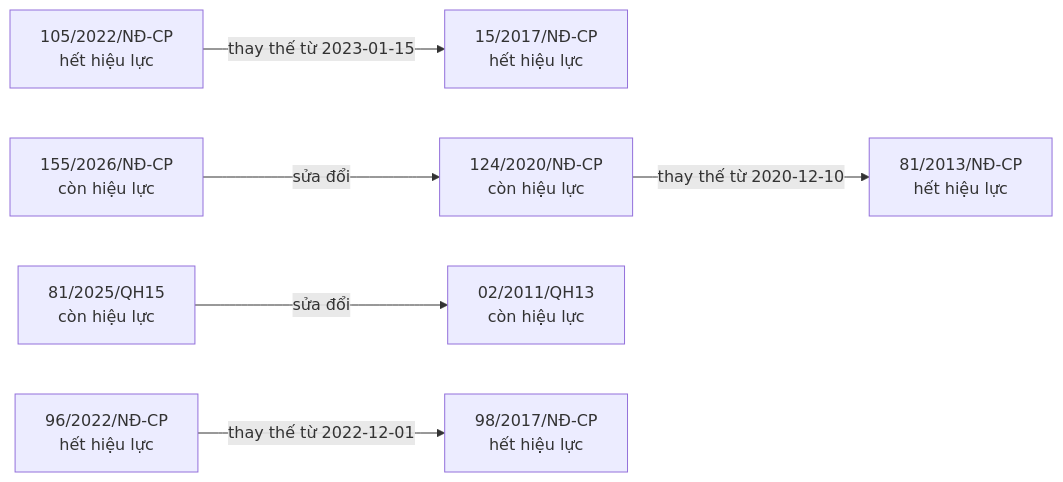
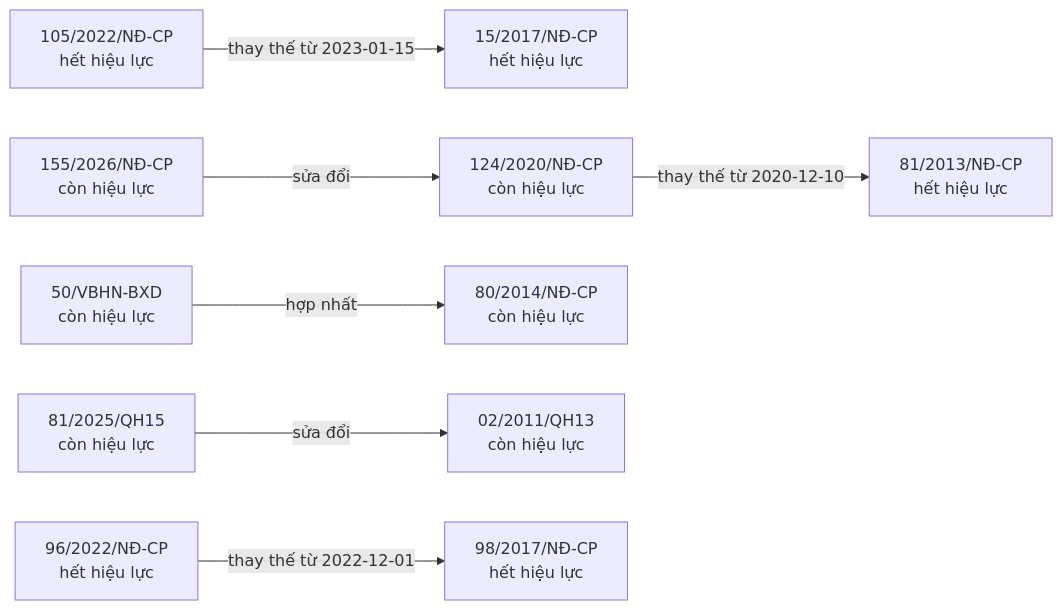
One commit to ozvietnam/oz-wiki-plhq changed the first of 9 diagrams in bao-cao/quan-he.md. Above: the diagram before and after it, drawn with Mermaid. The commit also changed other lines of this file and 3 other files, not shown here.

````diff
--- a/bao-cao/quan-he.md
+++ b/bao-cao/quan-he.md
@@ -7,17 +7,20 @@
 ```mermaid
 flowchart LR
   n_105_2022_N__CP["105/2022/NĐ-CP<br/>hết hiệu lực"]
   n_15_2017_N__CP["15/2017/NĐ-CP<br/>hết hiệu lực"]
   n_124_2020_N__CP["124/2020/NĐ-CP<br/>còn hiệu lực"]
   n_81_2013_N__CP["81/2013/NĐ-CP<br/>hết hiệu lực"]
   n_155_2026_N__CP["155/2026/NĐ-CP<br/>còn hiệu lực"]
+  n_50_VBHN_BXD["50/VBHN-BXD<br/>còn hiệu lực"]
+  n_80_2014_N__CP["80/2014/NĐ-CP<br/>còn hiệu lực"]
   n_81_2025_QH15["81/2025/QH15<br/>còn hiệu lực"]
   n_02_2011_QH13["02/2011/QH13<br/>còn hiệu lực"]
   n_96_2022_N__CP["96/2022/NĐ-CP<br/>hết hiệu lực"]
   n_98_2017_N__CP["98/2017/NĐ-CP<br/>hết hiệu lực"]
   n_105_2022_N__CP -->|thay thế từ 2023-01-15| n_15_2017_N__CP
   n_124_2020_N__CP -->|thay thế từ 2020-12-10| n_81_2013_N__CP
   n_155_2026_N__CP -->|sửa đổi| n_124_2020_N__CP
+  n_50_VBHN_BXD -->|hợp nhất| n_80_2014_N__CP
   n_81_2025_QH15 -->|sửa đổi| n_02_2011_QH13
   n_96_2022_N__CP -->|thay thế từ 2022-12-01| n_98_2017_N__CP
 ```
````
